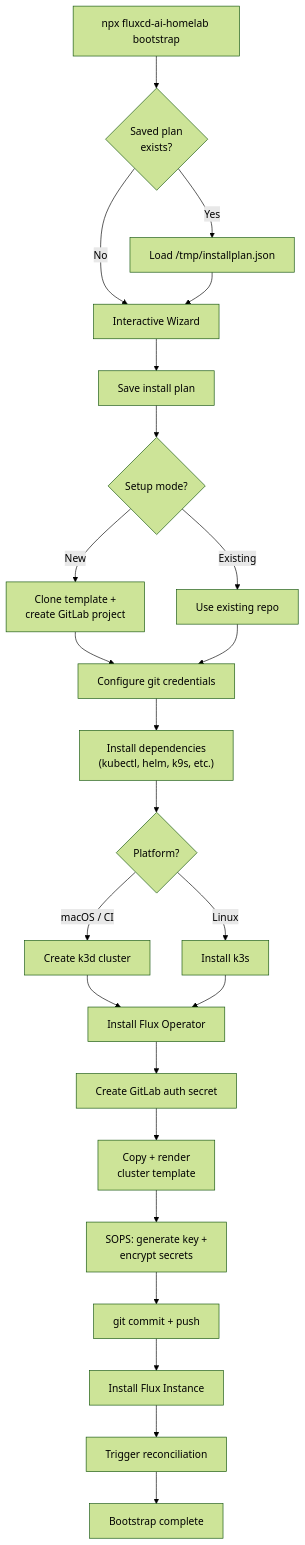
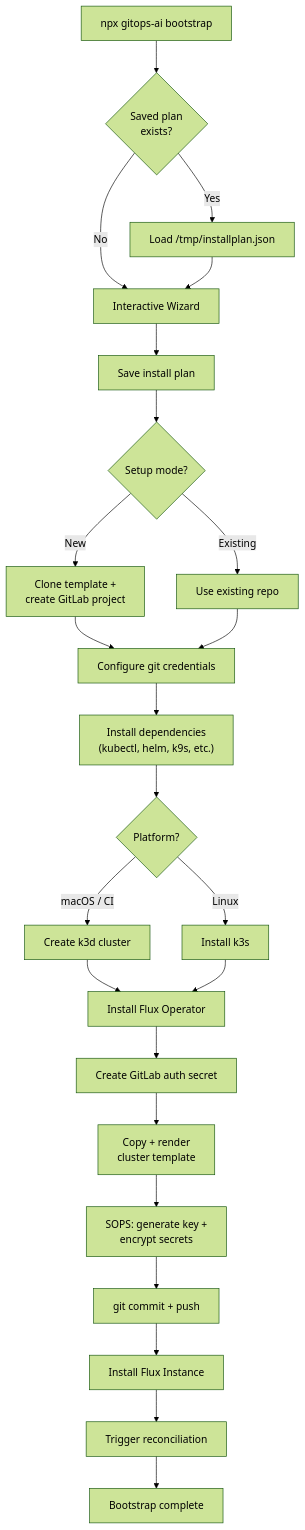
One commit to GitOpsAI/gitops-ai-bootstrapper changed the second of 4 diagrams in docs/architecture.md. Above: the diagram before and after it, drawn with Mermaid (forest theme). The commit also changed other lines of this file and 5 other files, not shown here.

````diff
--- a/docs/architecture.md
+++ b/docs/architecture.md
@@ -44,26 +44,26 @@
 ```mermaid
 flowchart TD
-    Start["npx fluxcd-ai-homelab bootstrap"] --> Resume{"Saved plan<br/>exists?"}
+    Start["npx gitops-ai bootstrap"] --> Resume{"Saved plan<br/>exists?"}
     Resume -->|Yes| LoadPlan["Load /tmp/installplan.json"]
     Resume -->|No| Wizard["Interactive Wizard"]
     LoadPlan --> Wizard
     Wizard --> SavePlan["Save install plan"]
     SavePlan --> RepoSetup{"Setup mode?"}
     RepoSetup -->|New| Clone["Clone template +<br/>create GitLab project"]
     RepoSetup -->|Existing| UseExisting["Use existing repo"]
     Clone --> GitCreds["Configure git credentials"]
     UseExisting --> GitCreds
     GitCreds --> Deps["Install dependencies<br/>(kubectl, helm, k9s, etc.)"]
     Deps --> K8s{"Platform?"}
     K8s -->|macOS / CI| K3d["Create k3d cluster"]
     K8s -->|Linux| K3s["Install k3s"]
     K3d --> FluxOp["Install Flux Operator"]
     K3s --> FluxOp
     FluxOp --> GitSecret["Create GitLab auth secret"]
     GitSecret --> Template["Copy + render<br/>cluster template"]
     Template --> SOPS["SOPS: generate key +<br/>encrypt secrets"]
     SOPS --> Push["git commit + push"]
     Push --> FluxInst["Install Flux Instance"]
     FluxInst --> Reconcile["Trigger reconciliation"]
     Reconcile --> Done["Bootstrap complete"]
 ```
````
